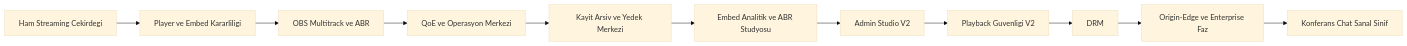
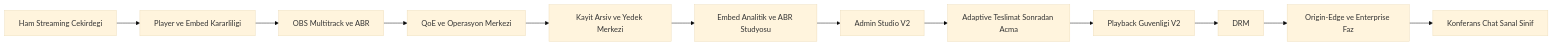
Before and after one commit to umitaydogan-sys/stream: the first of 3 diagrams in yol_haritasi.md, drawn with Mermaid (base theme). The commit also changed other lines of this file and 8 other files, not shown here.

Commit message:
Adaptive teslimat akisini urunlestir ve dagitimi yenile

````diff
--- a/yol_haritasi.md
+++ b/yol_haritasi.md
@@ -10,13 +10,14 @@
 ```mermaid
 flowchart LR
     A[Ham Streaming Cekirdegi] --> B[Player ve Embed Kararliligi]
     B --> C[OBS Multitrack ve ABR]
     C --> D[QoE ve Operasyon Merkezi]
     D --> E[Kayit Arsiv ve Yedek Merkezi]
     E --> F[Embed Analitik ve ABR Studyosu]
     F --> G[Admin Studio V2]
-    G --> H[Playback Guvenligi V2]
-    H --> I[DRM]
-    I --> J[Origin-Edge ve Enterprise Faz]
-    J --> K[Konferans Chat Sanal Sinif]
+    G --> H[Adaptive Teslimat Sonradan Acma]
+    H --> I[Playback Guvenligi V2]
+    I --> J[DRM]
+    J --> K[Origin-Edge ve Enterprise Faz]
+    K --> L[Konferans Chat Sanal Sinif]
 ```
````
